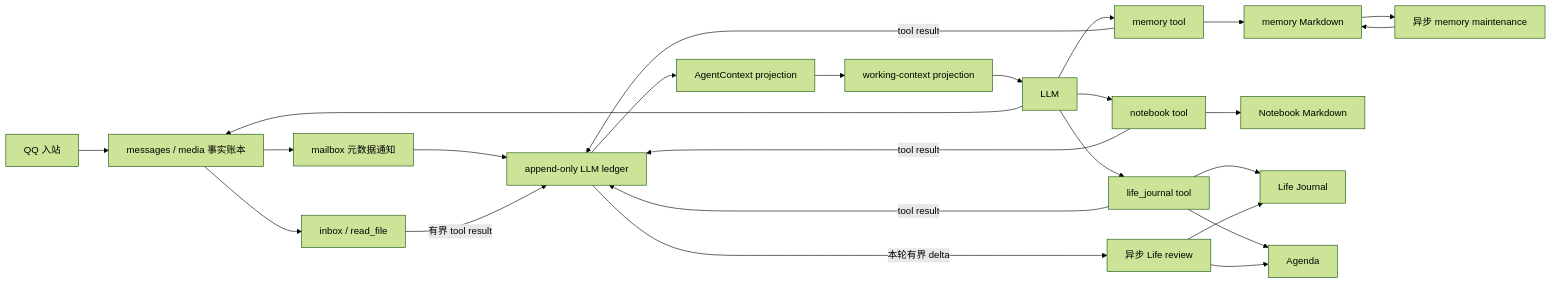
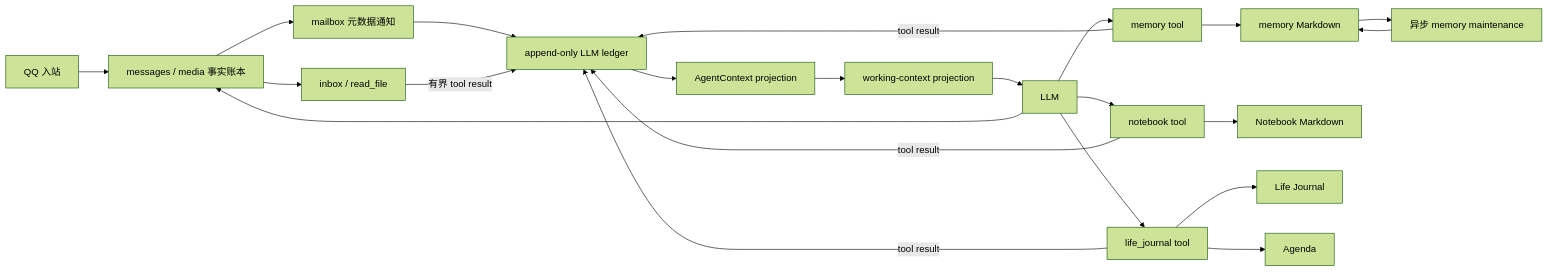
The diagram in docs/MEMORY_ARCHITECTURE.md (gecan123/qq-bot-v2), drawn with Mermaid (forest theme) before and after one commit. The commit also changed other lines of this file and 109 other files, not shown here.

````diff
--- a/docs/MEMORY_ARCHITECTURE.md
+++ b/docs/MEMORY_ARCHITECTURE.md
@@ -40,29 +40,26 @@
 ```mermaid
 flowchart LR
   Q["QQ 入站"] --> F["messages / media 事实账本"]
   L["飞书入站"] --> F
   F --> B["mailbox 元数据通知"]
   B --> C["append-only LLM ledger"]
   F --> I["inbox / read_file"]
   I -->|"有界 tool result"| C
   C --> P["AgentContext projection"]
   P --> W["working-context projection"]
   W --> L["LLM"]
 
   L --> M["memory tool"]
   L --> K["notebook tool"]
   L --> J["life_journal tool"]
   M --> MM["memory Markdown"]
   K --> NB["Notebook Markdown"]
   J --> LJ["Life Journal"]
   J --> A["Agenda"]
   M -->|"tool result"| C
   K -->|"tool result"| C
   J -->|"tool result"| C
 
-  C -->|"本轮有界 delta"| R["异步 Life review"]
-  R --> LJ
-  R --> A
   MM --> MR["异步 memory maintenance"]
   MR --> MM
 ```
````
